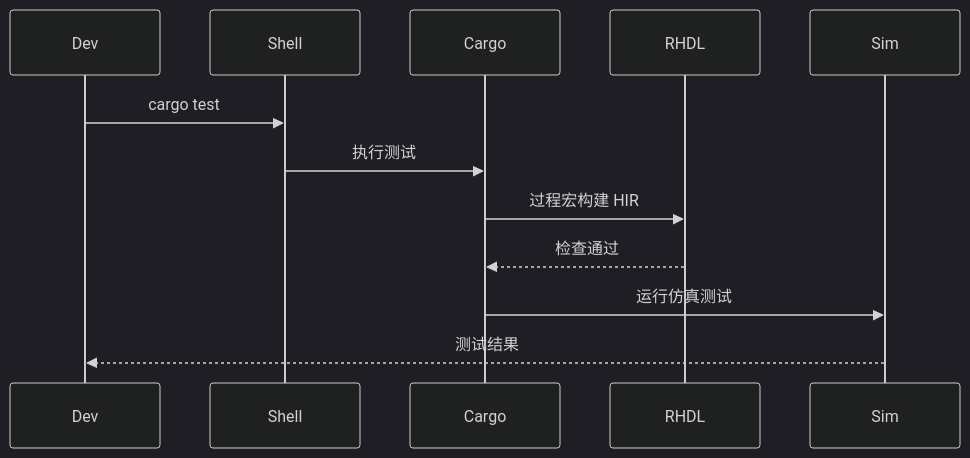
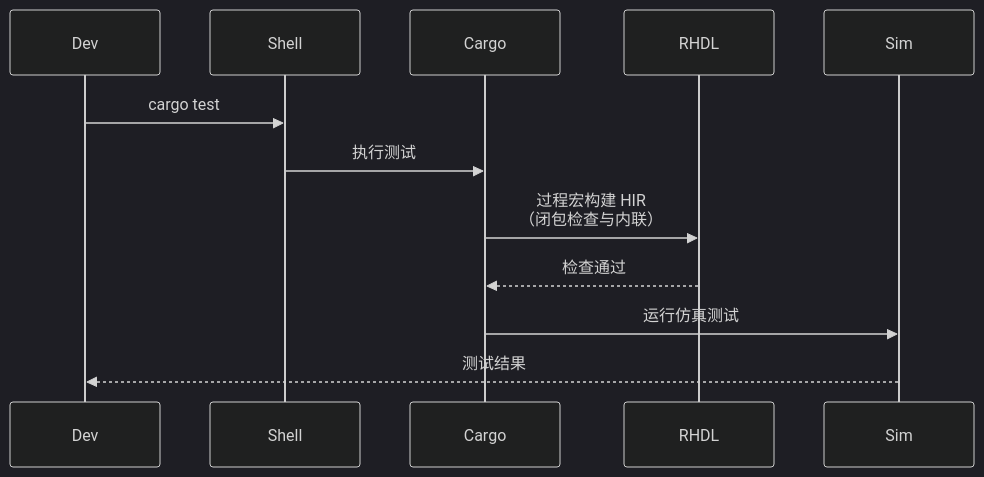
Before and after one commit to TangCan/bitloom: diagram 16 of 18 in docs/requirements/4. 整体架构与工作流.md, drawn with Mermaid (dark theme). The commit also changed other lines of this file and 17 other files, not shown here.

````diff
--- a/docs/requirements/4. 整体架构与工作流.md
+++ b/docs/requirements/4. 整体架构与工作流.md
@@ -399,10 +413,9 @@
 ```mermaid
 sequenceDiagram
     Dev->>Shell: cargo test
     Shell->>Cargo: 执行测试
-    Cargo->>RHDL: 过程宏构建 HIR
+    Cargo->>RHDL: 过程宏构建 HIR<br>（闭包检查与内联）
     RHDL-->>Cargo: 检查通过
     Cargo->>Sim: 运行仿真测试
     Sim-->>Dev: 测试结果
-
 ```
````
